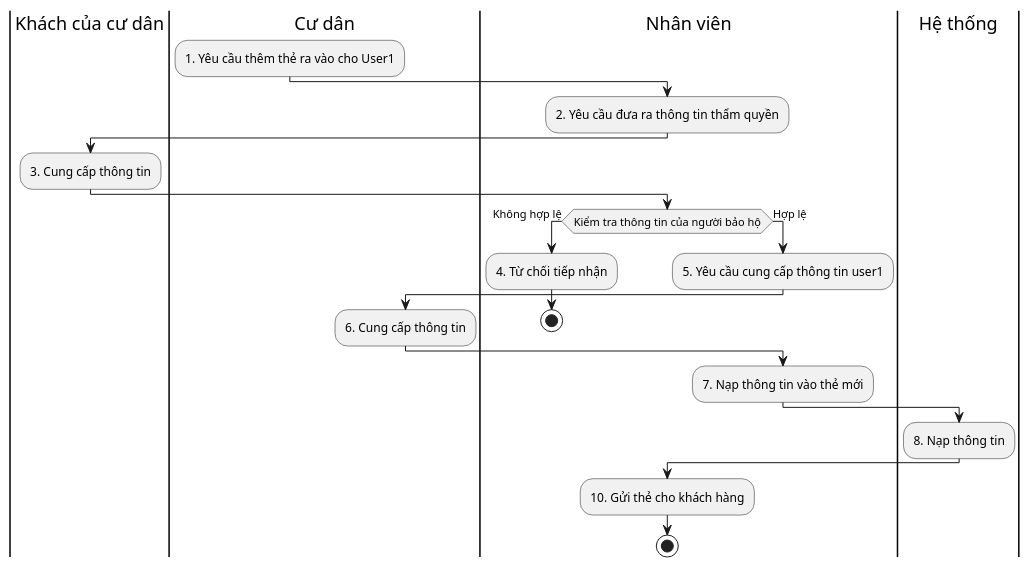
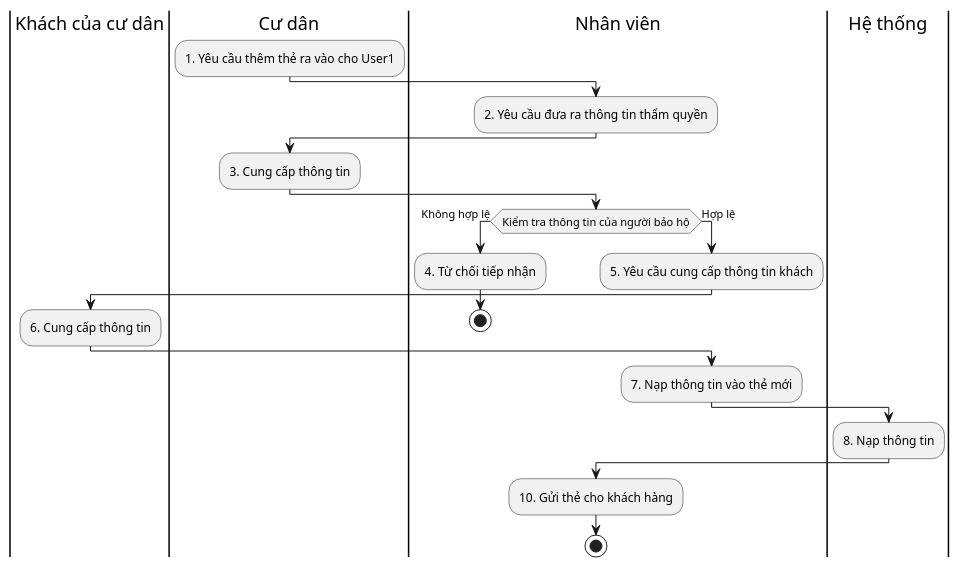
One commit to QuickyBooster/SE357-Pratice-class changed the diagram in Lab1/Lab1.2/Activity Diagram/Quản lý ra vào/Tạo thẻ cho khách tham quan.puml. Above: the diagram before and after it, drawn with PlantUML. The commit also changed 11 other files, not shown here.

```diff
--- a/Lab1/Lab1.2/Activity Diagram/Quản lý ra vào/Tạo thẻ cho khách tham quan.puml
+++ b/Lab1/Lab1.2/Activity Diagram/Quản lý ra vào/Tạo thẻ cho khách tham quan.puml
@@ -1,25 +1,25 @@
 @startuml
 |Khách của cư dân|
 |Cư dân|
 :1. Yêu cầu thêm thẻ ra vào cho User1;
 |Nhân viên|
 :2. Yêu cầu đưa ra thông tin thẩm quyền;
-|Khách của cư dân|
+|Cư dân|
 :3. Cung cấp thông tin;
 |Nhân viên|
 if(Kiểm tra thông tin của người bảo hộ) then (Không hợp lệ)
 :4. Từ chối tiếp nhận;
 stop
 else (Hợp lệ)
-:5. Yêu cầu cung cấp thông tin user1;
-|Cư dân|
+:5. Yêu cầu cung cấp thông tin khách;
+|Khách của cư dân|
 :6. Cung cấp thông tin;
 |Nhân viên|
 :7. Nạp thông tin vào thẻ mới;
 |Hệ thống|
 :8. Nạp thông tin;
 endif
 |Nhân viên|
 :10. Gửi thẻ cho khách hàng;
 stop
 @enduml
```
